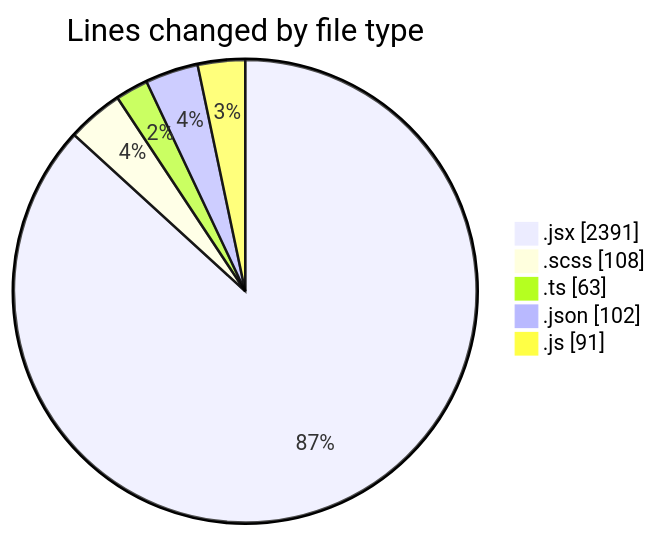
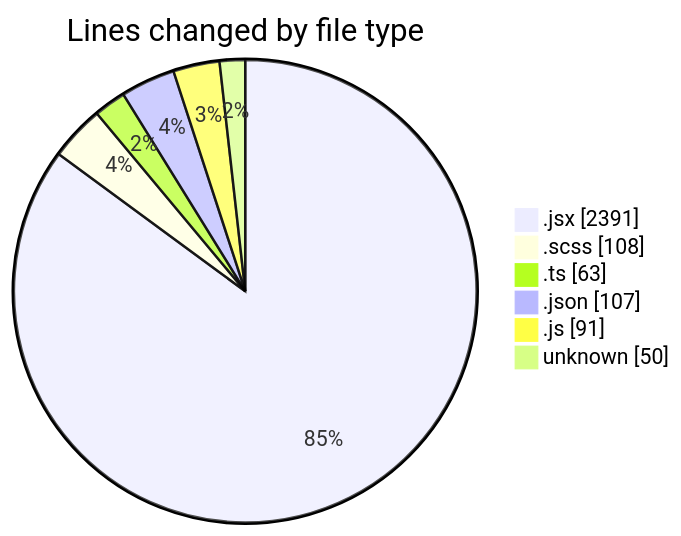
The first of 2 diagrams in 2026-09-01/cda/README.md (momahboobian/code-tracking), drawn with Mermaid before and after one commit. The commit also changed other lines of this file and 1 other file, not shown here.

````diff
--- a/2026-09-01/cda/README.md
+++ b/2026-09-01/cda/README.md
@@ -51,9 +52,10 @@
 ```mermaid
 pie showData
 title Lines changed by file type
 ".jsx" : 2391
 ".scss" : 108
 ".ts" : 63
-".json" : 102
+".json" : 107
 ".js" : 91
+"unknown" : 50
 ```
````
